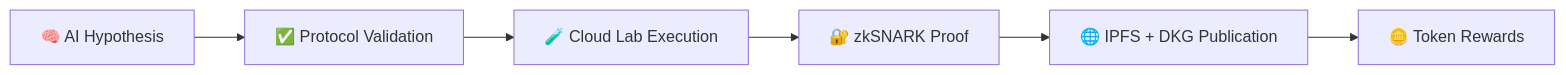
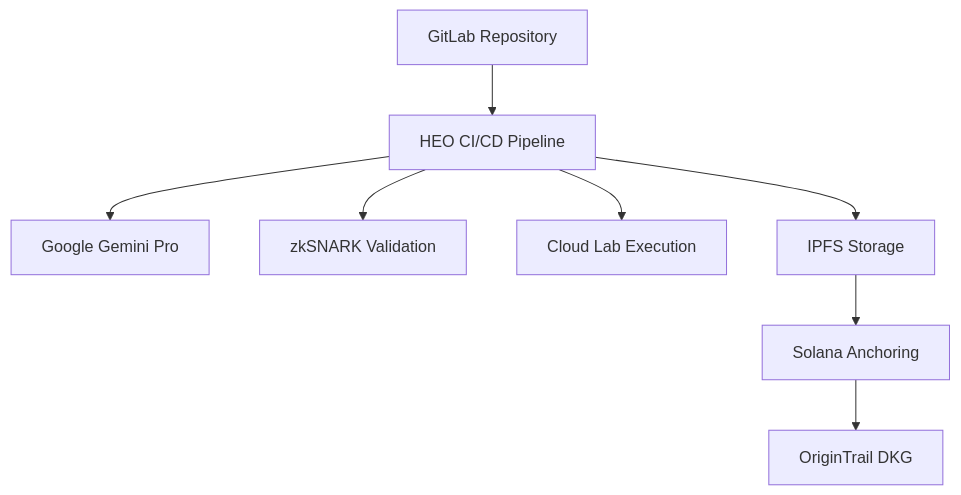
Before and after one commit to anythingai/Hypothesis-to-Experiment-Orchestrator: the diagram in docs/HACKATHON_SUBMISSION.md, drawn with Mermaid. The commit also changed other lines of this file and 54 other files, not shown here.

````diff
--- a/docs/HACKATHON_SUBMISSION.md
+++ b/docs/HACKATHON_SUBMISSION.md
@@ -20,8 +42,10 @@
 ```mermaid
-graph LR
-    A[🧠 AI Hypothesis] --> B[✅ Protocol Validation]
-    B --> C[🧪 Cloud Lab Execution]
-    C --> D[🔐 zkSNARK Proof]
-    D --> E[🌐 IPFS + DKG Publication]
-    E --> F[🪙 Token Rewards]
+graph TB
+    A[GitLab Repository] --> B[HEO CI/CD Pipeline]
+    B --> C[Google Gemini Pro]
+    B --> D[zkSNARK Validation]
+    B --> E[Cloud Lab Execution]
+    B --> F[IPFS Storage]
+    F --> G[Solana Anchoring]
+    G --> H[OriginTrail DKG]
 ```
````
